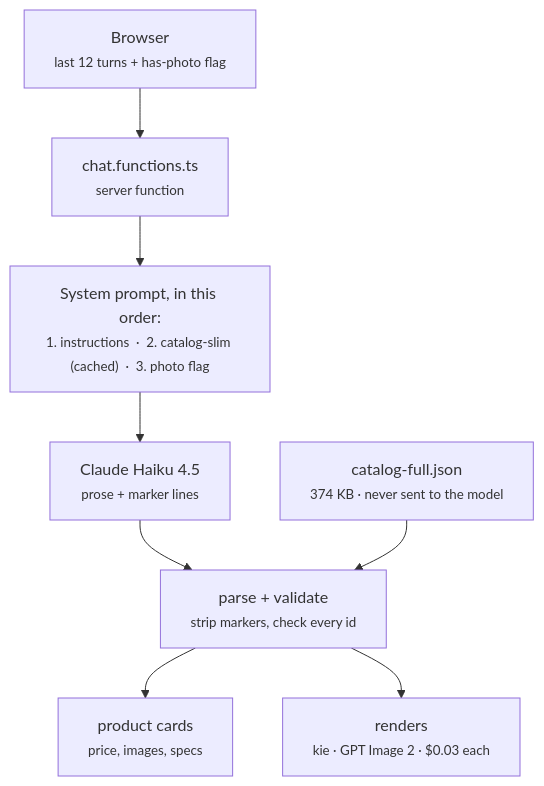
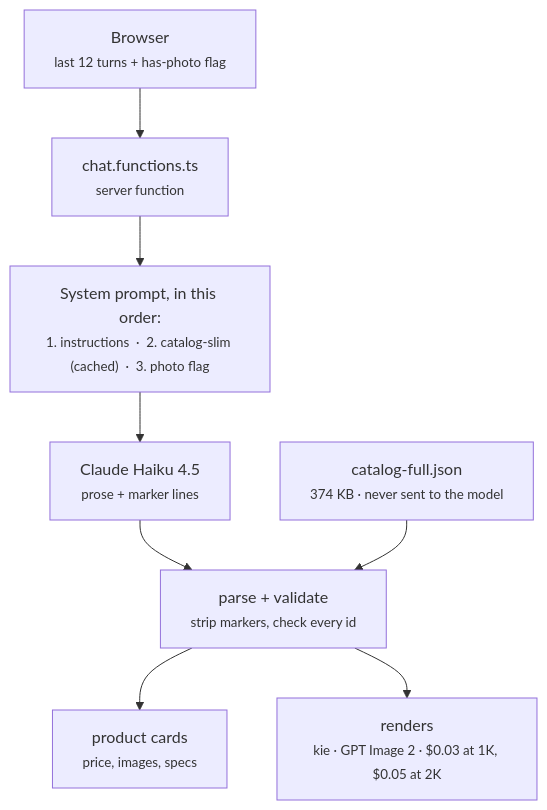
The first of 2 diagrams in GUIDE.md (dhananjays-droid/comfortel), drawn with Mermaid before and after one commit. The commit also changed other lines of this file and 3 other files, not shown here.

````diff
--- a/GUIDE.md
+++ b/GUIDE.md
@@ -18,10 +18,10 @@
 ```mermaid
 flowchart TD
     B["Browser<br/><small>last 12 turns + has-photo flag</small>"] --> S["chat.functions.ts<br/><small>server function</small>"]
     S --> P["System prompt, in this order:<br/><small>1. instructions &nbsp;·&nbsp; 2. catalog-slim (cached) &nbsp;·&nbsp; 3. photo flag</small>"]
     P --> H["Claude Haiku 4.5<br/><small>prose + marker lines</small>"]
     H --> V["parse + validate<br/><small>strip markers, check every id</small>"]
     F["catalog-full.json<br/><small>374 KB · never sent to the model</small>"] --> V
     V --> C["product cards<br/><small>price, images, specs</small>"]
-    V --> R["renders<br/><small>kie · GPT Image 2 · $0.03 each</small>"]
+    V --> R["renders<br/><small>kie · GPT Image 2 · $0.03 at 1K, $0.05 at 2K</small>"]
 ```
````
